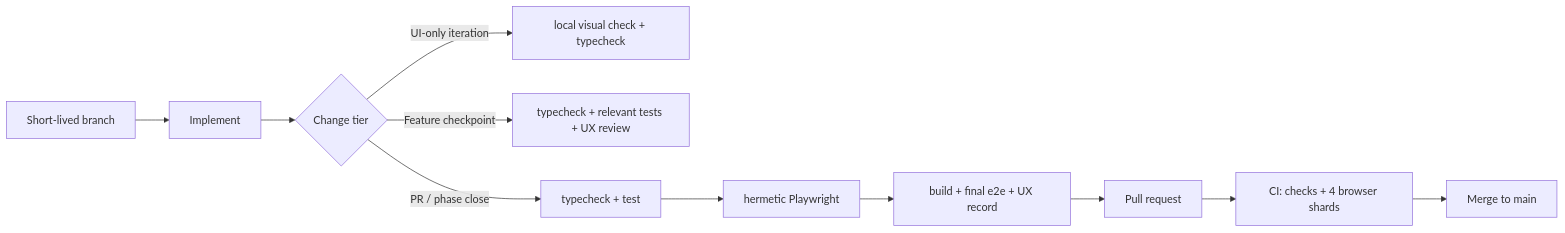
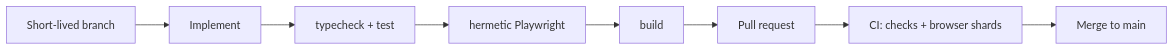
One commit to nhphuong2504/shuttle-scheduler changed the diagram in AGENTS.md. Above: the diagram before and after it, drawn with Mermaid. The commit also changed other lines of this file and 3 other files, not shown here.

````diff
--- a/AGENTS.md
+++ b/AGENTS.md
@@ -83,13 +70,10 @@
 ```mermaid
 flowchart LR
   branch["Short-lived branch"] --> dev[Implement]
-  dev --> tier{"Change tier"}
-  tier -->|"UI-only iteration"| ui["local visual check + typecheck"]
-  tier -->|"Feature checkpoint"| cp["typecheck + relevant tests + UX review"]
-  tier -->|"PR / phase close"| gate1["typecheck + test"]
+  dev --> gate1["typecheck + test"]
   gate1 --> gate2["hermetic Playwright"]
-  gate2 --> final["build + final e2e + UX record"]
+  gate2 --> final["build"]
   final --> pr["Pull request"]
-  pr --> ci["CI: checks + 4 browser shards"]
+  pr --> ci["CI: checks + browser shards"]
   ci --> merge["Merge to main"]
 ```
````
